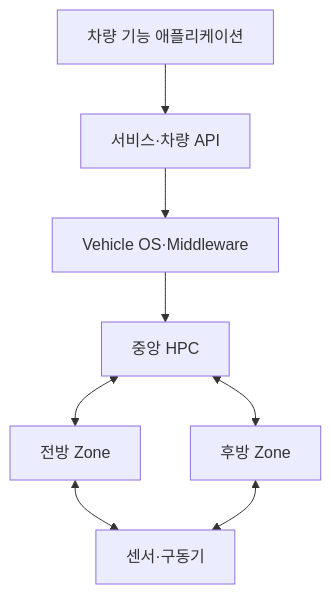
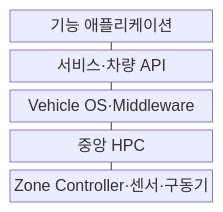
One commit to agnusdei1207/knowledge-base changed the first of 2 diagrams in src/content/docs/notes/08-latest-tech/204_software_defined_vehicle.md. Above: the diagram before and after it, drawn with Mermaid. The commit also changed other lines of this file and 23 other files, not shown here.

````diff
--- a/src/content/docs/notes/08-latest-tech/204_software_defined_vehicle.md
+++ b/src/content/docs/notes/08-latest-tech/204_software_defined_vehicle.md
@@ -50,15 +50,13 @@
 ```mermaid
-flowchart TB
-  APP["차량 기능 애플리케이션"]
-  SVC["서비스·차량 API"]
-  OS["Vehicle OS·Middleware"]
-  HPC["중앙 HPC"]
-  Z1["전방 Zone"]
-  Z2["후방 Zone"]
-  IO["센서·구동기"]
-  APP --> SVC --> OS --> HPC
-  HPC <--> Z1
-  HPC <--> Z2
-  Z1 <--> IO
-  Z2 <--> IO
+block-beta
+  columns 1
+  app["기능 애플리케이션"]
+  api["서비스·차량 API"]
+  os["Vehicle OS·Middleware"]
+  hpc["중앙 HPC"]
+  zone["Zone Controller·센서·구동기"]
+  app --- api
+  api --- os
+  os --- hpc
+  hpc --- zone
 ```
````
